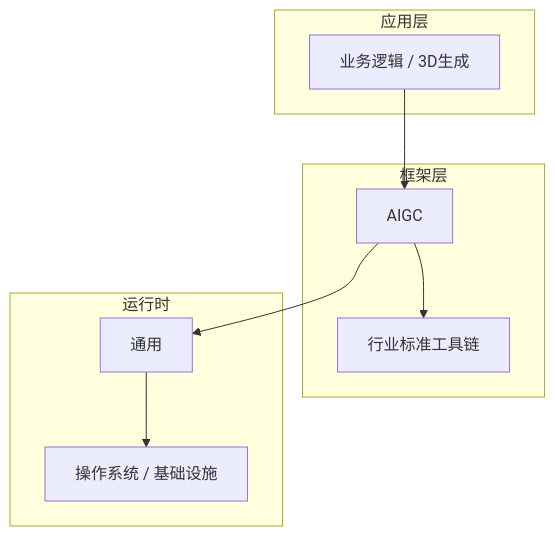
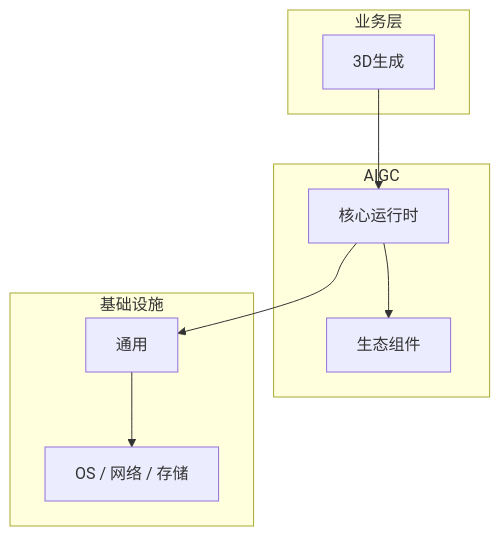
The diagram in articles/AIGC/chapters/057-3D生成核心概念与原理.md (yanggan2015/knowledge-json-v2), drawn with Mermaid before and after one commit. The commit also changed other lines of this file and 10127 other files, not shown here.

````diff
--- a/articles/AIGC/chapters/057-3D生成核心概念与原理.md
+++ b/articles/AIGC/chapters/057-3D生成核心概念与原理.md
@@ -45,18 +30,18 @@
 ```mermaid
 graph TB
-    subgraph 应用层
-        A[业务逻辑 / 3D生成]
+    subgraph 业务层
+        A[3D生成]
     end
-    subgraph 框架层
-        B[AIGC]
-        C[行业标准工具链]
+    subgraph AIGC
+        B[核心运行时]
+        C[生态组件]
     end
-    subgraph 运行时
+    subgraph 基础设施
         D[通用]
-        E[操作系统 / 基础设施]
+        E[OS / 网络 / 存储]
     end
     A --> B
     B --> C
     B --> D
     D --> E
 ```
````
